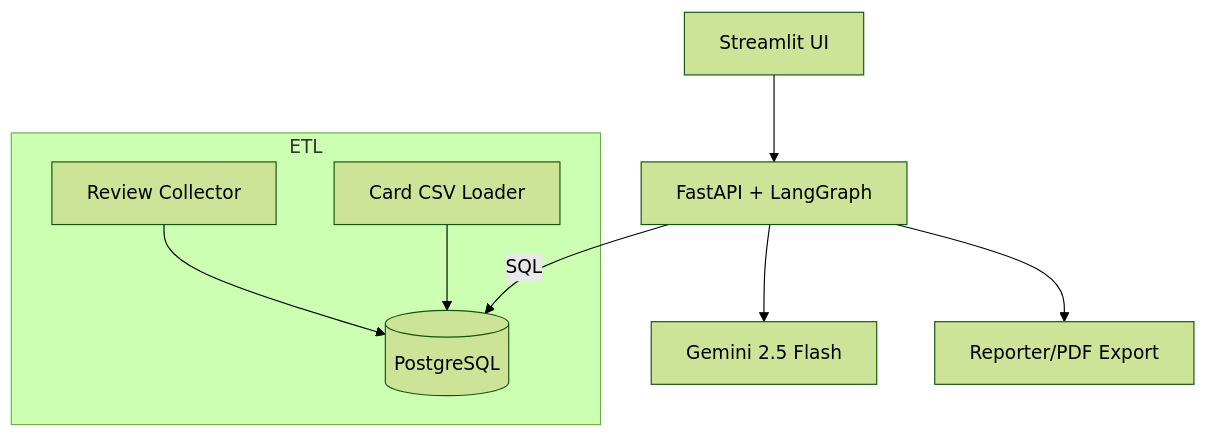
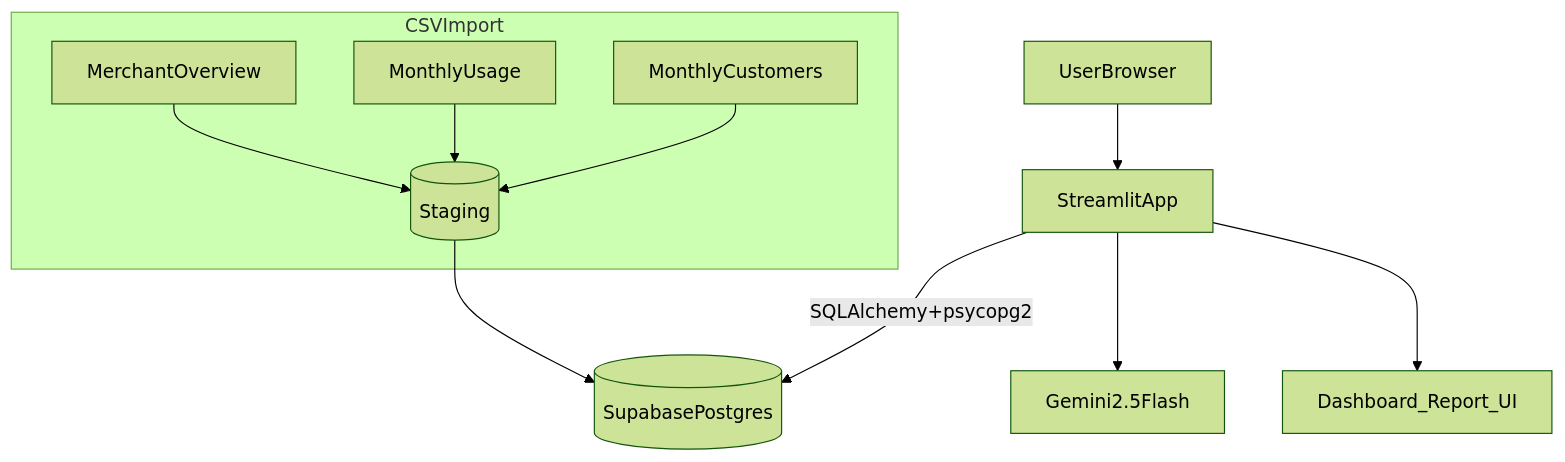
Before and after one commit to Sondanha/ai-review-sales-advisor: the first of 2 diagrams in README.md, drawn with Mermaid (forest theme). The commit also changed other lines of this file and 22 other files, not shown here.

````diff
--- a/README.md
+++ b/README.md
@@ -19,11 +10,13 @@
 ```mermaid
 flowchart TD
-  U[Streamlit UI] --> A[FastAPI + LangGraph]
-  A -->|SQL| DB[(PostgreSQL)]
-  A --> LLM[Gemini 2.5 Flash]
-  subgraph ETL
-    C1[Review Collector] --> DB
-    C2[Card CSV Loader] --> DB
+  U[UserBrowser] --> W[StreamlitApp]
+  W -->|SQLAlchemy+psycopg2| DB[(SupabasePostgres)]
+  W --> LLM[Gemini2.5Flash]
+  subgraph Data_Load[CSVImport]
+    CSV1[MerchantOverview] --> ST[(Staging)]
+    CSV2[MonthlyUsage] --> ST
+    CSV3[MonthlyCustomers] --> ST
   end
-  A --> REP[Reporter/PDF Export]
+  ST --> DB
+  W --> REP[Dashboard_Report_UI]
 ```
````
